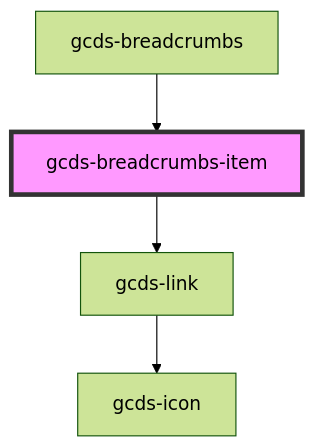
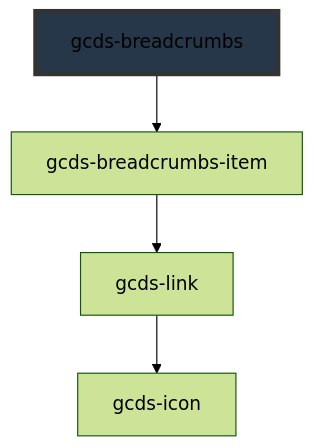
Before and after one commit to cds-snc/gcds-components: the diagram in packages/web/src/components/gcds-breadcrumbs/readme.md, drawn with Mermaid (forest theme). The commit also changed other lines of this file and 119 other files, not shown here.

````diff
--- a/packages/web/src/components/gcds-breadcrumbs/readme.md
+++ b/packages/web/src/components/gcds-breadcrumbs/readme.md
@@ -26,7 +33,7 @@
 ```mermaid
 graph TD;
+  gcds-breadcrumbs --> gcds-breadcrumbs-item
   gcds-breadcrumbs-item --> gcds-link
   gcds-link --> gcds-icon
-  gcds-breadcrumbs --> gcds-breadcrumbs-item
-  style gcds-breadcrumbs-item fill:#f9f,stroke:#333,stroke-width:4px
+  style gcds-breadcrumbs fill:#26374a,stroke:#333,stroke-width:4px
 ```
````
